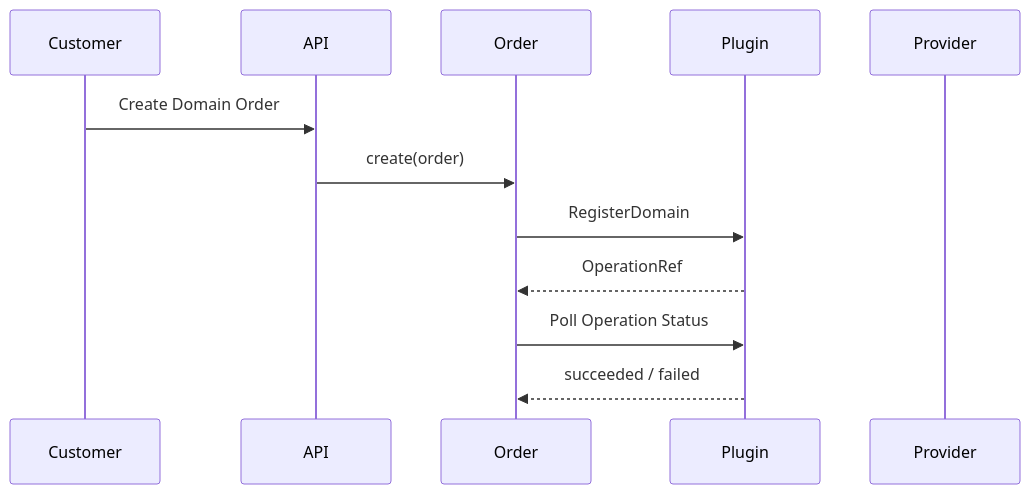
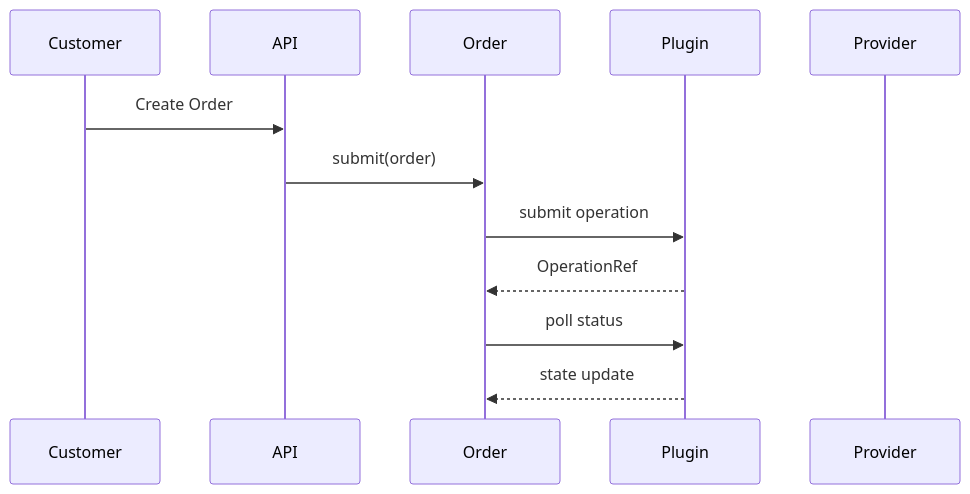
One commit to tofi2k/doc changed the fourth of 6 diagrams in architecture/arc42.md. Above: the diagram before and after it, drawn with Mermaid. The commit also changed other lines of this file and 1 other file, not shown here.

````diff
--- a/architecture/arc42.md
+++ b/architecture/arc42.md
@@ -187,15 +159,15 @@
 ```mermaid
 sequenceDiagram
     participant C as Customer
     participant API
     participant Order
     participant Plugin
     participant Provider
 
-    C->>API: Create Domain Order
-    API->>Order: create(order)
-    Order->>Plugin: RegisterDomain
+    C->>API: Create Order
+    API->>Order: submit(order)
+    Order->>Plugin: submit operation
     Plugin-->>Order: OperationRef
-    Order->>Plugin: Poll Operation Status
-    Plugin-->>Order: succeeded / failed
+    Order->>Plugin: poll status
+    Plugin-->>Order: state update
 ```
````
